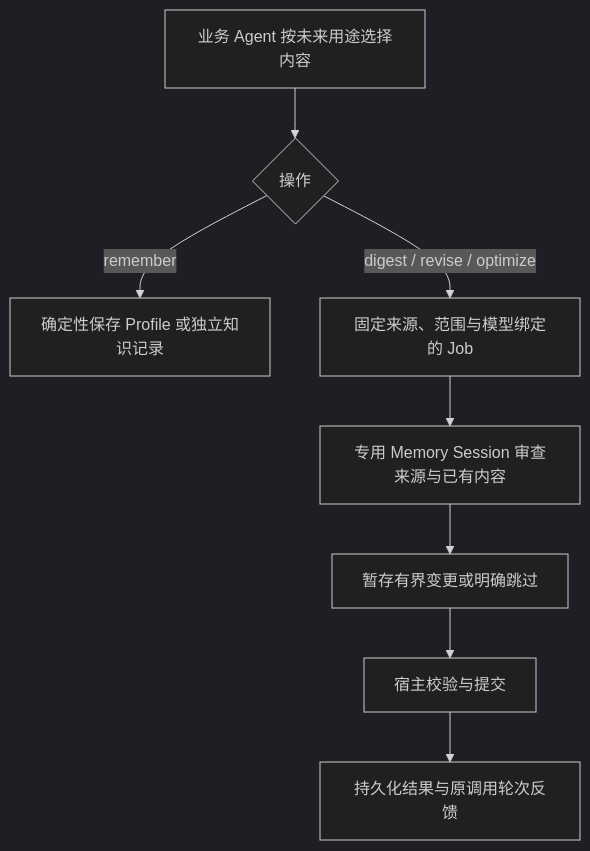
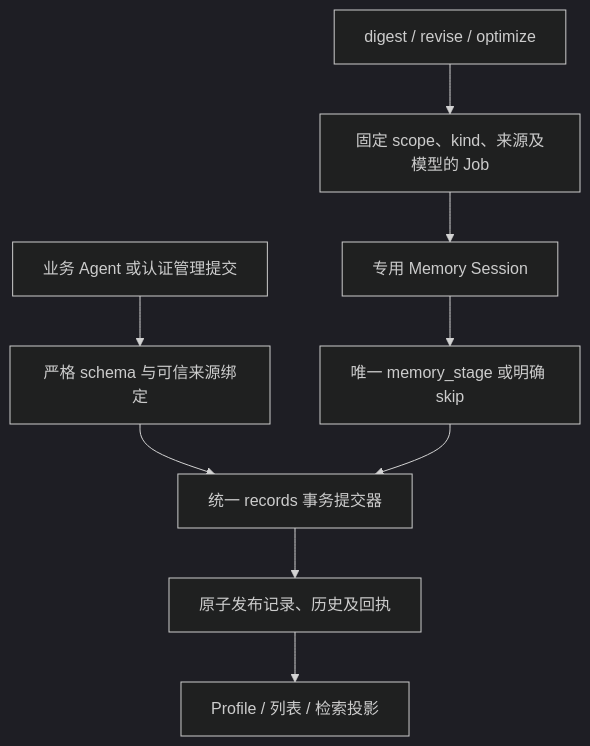
Before and after one commit to genesiscosmos/downcity: the diagram in docs/memory-current-design.md, drawn with Mermaid (dark theme). The commit also changed other lines of this file and 96 other files, not shown here.

Commit message:
refactor(memory): unify records and remove legacy interfaces

````diff
--- a/docs/memory-current-design.md
+++ b/docs/memory-current-design.md
@@ -51,10 +35,11 @@
 ```mermaid
 flowchart TD
-    A[业务 Agent 按未来用途选择内容] --> R{操作}
-    R -->|remember| D[确定性保存 Profile 或独立知识记录]
-    R -->|digest / revise / optimize| J[固定来源、范围与模型绑定的 Job]
-    J --> M[专用 Memory Session 审查来源与已有内容]
-    M --> S[暂存有界变更或明确跳过]
-    S --> C[宿主校验与提交]
-    C --> O[持久化结果与原调用轮次反馈]
+    A[业务 Agent 或认证管理提交] --> B[严格 schema 与可信来源绑定]
+    B --> C[统一 records 事务提交器]
+    D[digest / revise / optimize] --> E[固定 scope、kind、来源及模型的 Job]
+    E --> F[专用 Memory Session]
+    F --> G[唯一 memory_stage 或明确 skip]
+    G --> C
+    C --> H[原子发布记录、历史及回执]
+    H --> I[Profile / 列表 / 检索投影]
 ```
````
